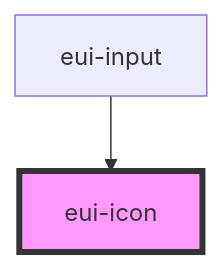
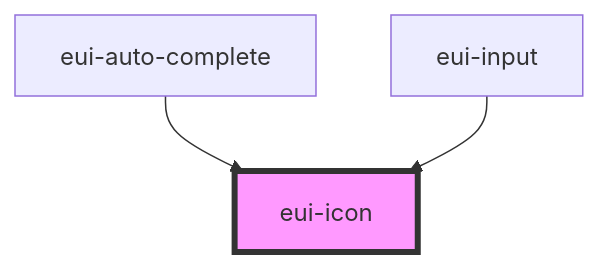
One commit to pnd-amirhosein/U_and_I changed the diagram in ensemble-ui/src/components/icon/readme.md. Above: the diagram before and after it, drawn with Mermaid. The commit also changed other lines of this file and 21 other files, not shown here.

````diff
--- a/ensemble-ui/src/components/icon/readme.md
+++ b/ensemble-ui/src/components/icon/readme.md
@@ -23,5 +24,6 @@
 ```mermaid
 graph TD;
+  eui-auto-complete --> eui-icon
   eui-input --> eui-icon
   style eui-icon fill:#f9f,stroke:#333,stroke-width:4px
 ```
````
